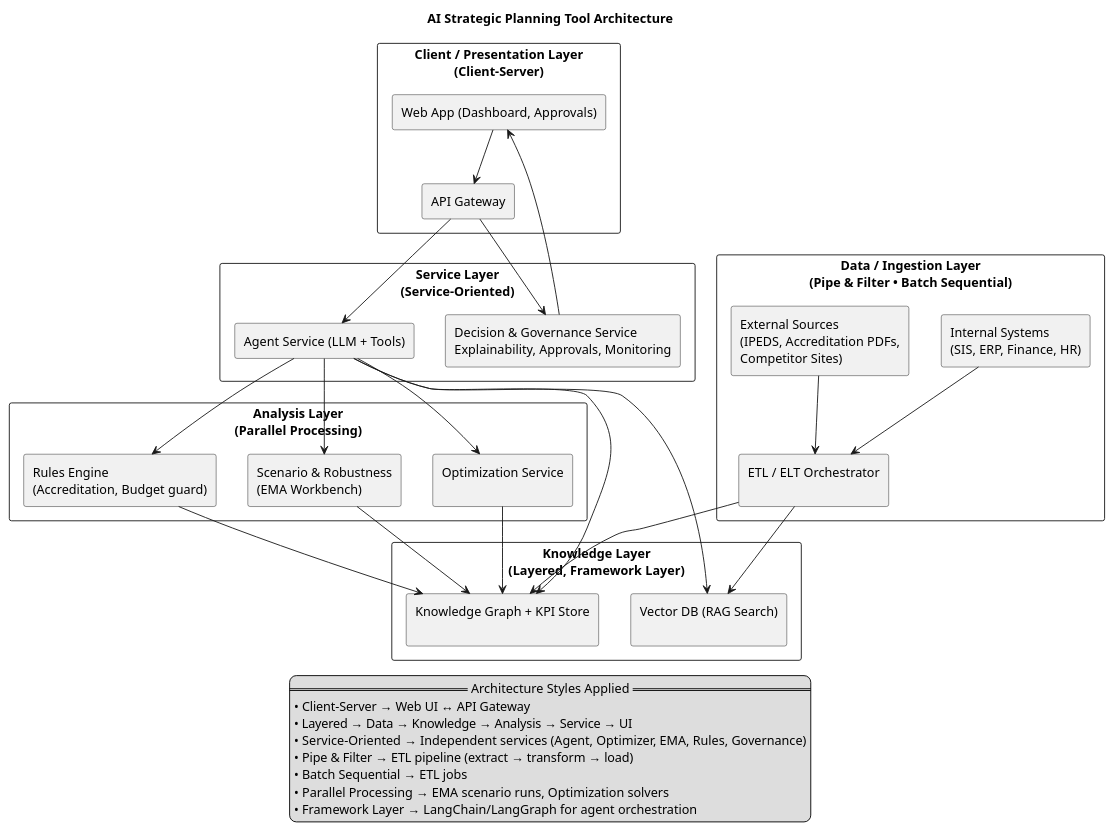
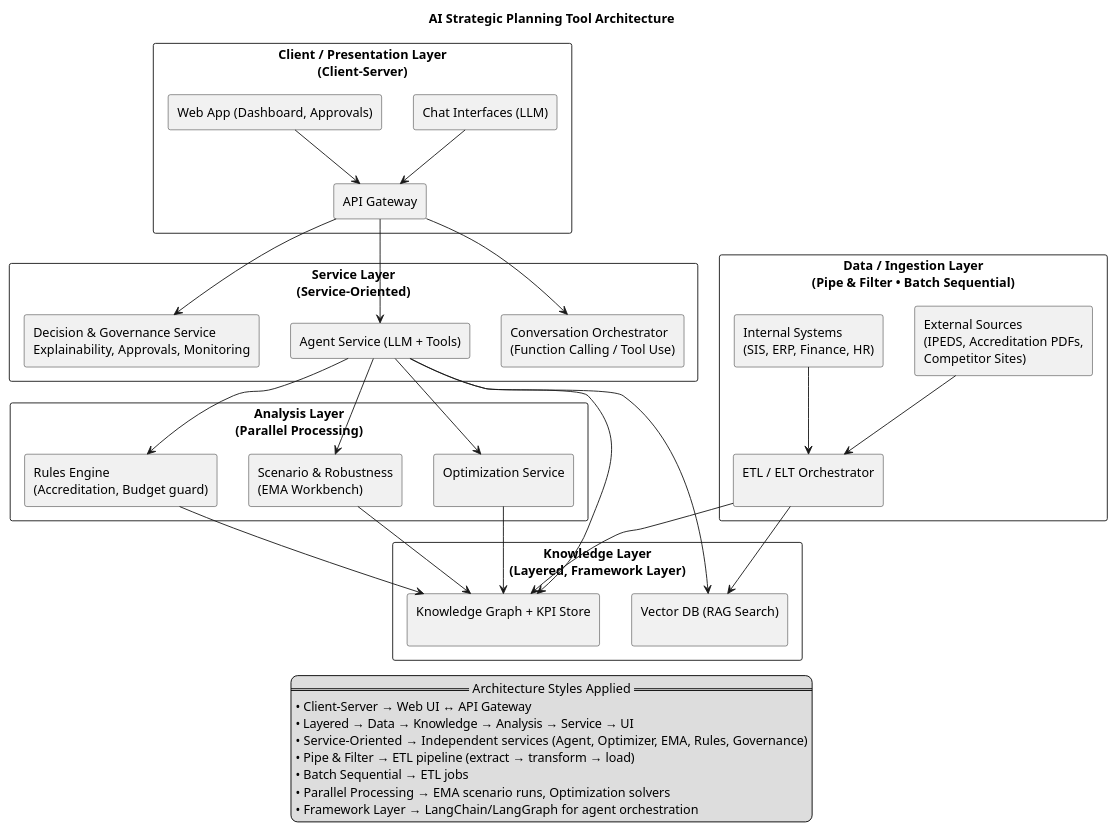
The diagram in architecture/architecture.puml (HenryNVP/strategic_planning_AI), drawn with PlantUML before and after one commit.

Commit message:
architecture add chat interface

```diff
--- a/architecture/architecture.puml
+++ b/architecture/architecture.puml
@@ -1,73 +1,76 @@
 @startuml architecture
 title AI Strategic Planning Tool Architecture
 skinparam componentStyle rectangle
 skinparam shadowing false
 skinparam packageStyle rectangle
 skinparam defaultFontName Arial
 
 '=== UI Layer ===
 package "Client / Presentation Layer\n(Client–Server)" as UI {
+  [Chat Interfaces (LLM)] as CHAT
   [Web App (Dashboard, Approvals)] as WEB
   [API Gateway] as APIGW
 }
 
 '=== Service Layer ===
 package "Service Layer\n(Service-Oriented)" as SVC {
+  [Conversation Orchestrator\n(Function Calling / Tool Use)] as ORCH
   [Agent Service (LLM + Tools)] as AGENT
   [Decision & Governance Service\nExplainability, Approvals, Monitoring] as GOV
 }
 
 '=== Analysis Layer ===
 package "Analysis Layer\n(Parallel Processing)" as ANA {
   [Optimization Service\n] as OPT
   [Scenario & Robustness\n(EMA Workbench)] as EMA
   [Rules Engine\n(Accreditation, Budget guard)] as RULES
 }
 
 '=== Knowledge Layer ===
 package "Knowledge Layer\n(Layered, Framework Layer)" as KNOW {
   [Vector DB (RAG Search)\n] as VDB
   [Knowledge Graph + KPI Store\n] as KG
 }
 
 '=== Data Layer ===
 package "Data / Ingestion Layer\n(Pipe & Filter • Batch Sequential)" as DATA {
   [ETL / ELT Orchestrator\n] as ETL
   [Internal Systems\n(SIS, ERP, Finance, HR)] as INT
   [External Sources\n(IPEDS, Accreditation PDFs,\nCompetitor Sites)] as EXT
 }
 
 '=== Flows ===
+CHAT --> APIGW
 WEB --> APIGW
 APIGW --> AGENT
 APIGW --> GOV
-GOV --> WEB
+APIGW --> ORCH
 
 AGENT --> OPT
 AGENT --> EMA
 AGENT --> RULES
 AGENT --> VDB
 AGENT --> KG
 
 OPT --> KG
 EMA --> KG
 RULES --> KG
 
 ETL --> KG
 ETL --> VDB
 INT --> ETL
 EXT --> ETL
 
 '=== Legend ===
 legend bottom
 == Architecture Styles Applied ==
 • Client–Server → Web UI ↔ API Gateway
 • Layered → Data → Knowledge → Analysis → Service → UI
 • Service-Oriented → Independent services (Agent, Optimizer, EMA, Rules, Governance)
 • Pipe & Filter → ETL pipeline (extract → transform → load)
 • Batch Sequential → ETL jobs
 • Parallel Processing → EMA scenario runs, Optimization solvers
 • Framework Layer → LangChain/LangGraph for agent orchestration
 endlegend
 
 @enduml
```
